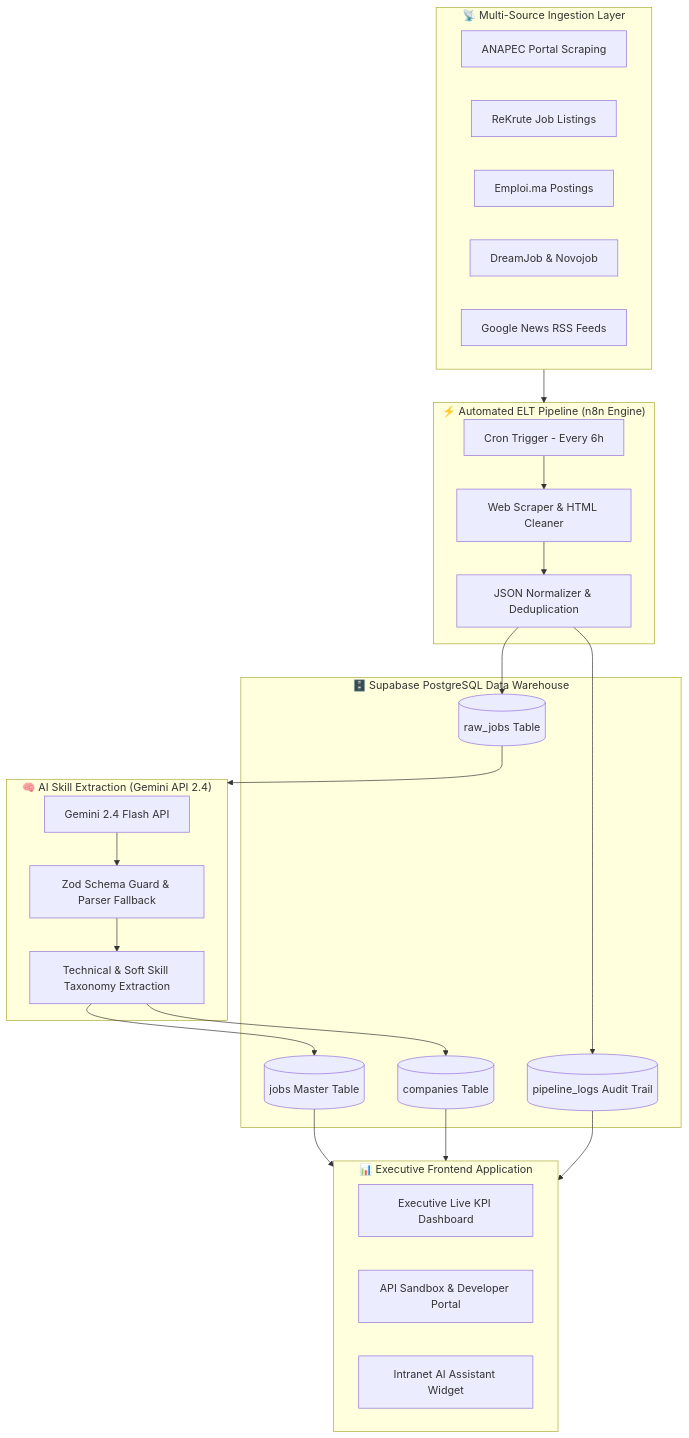
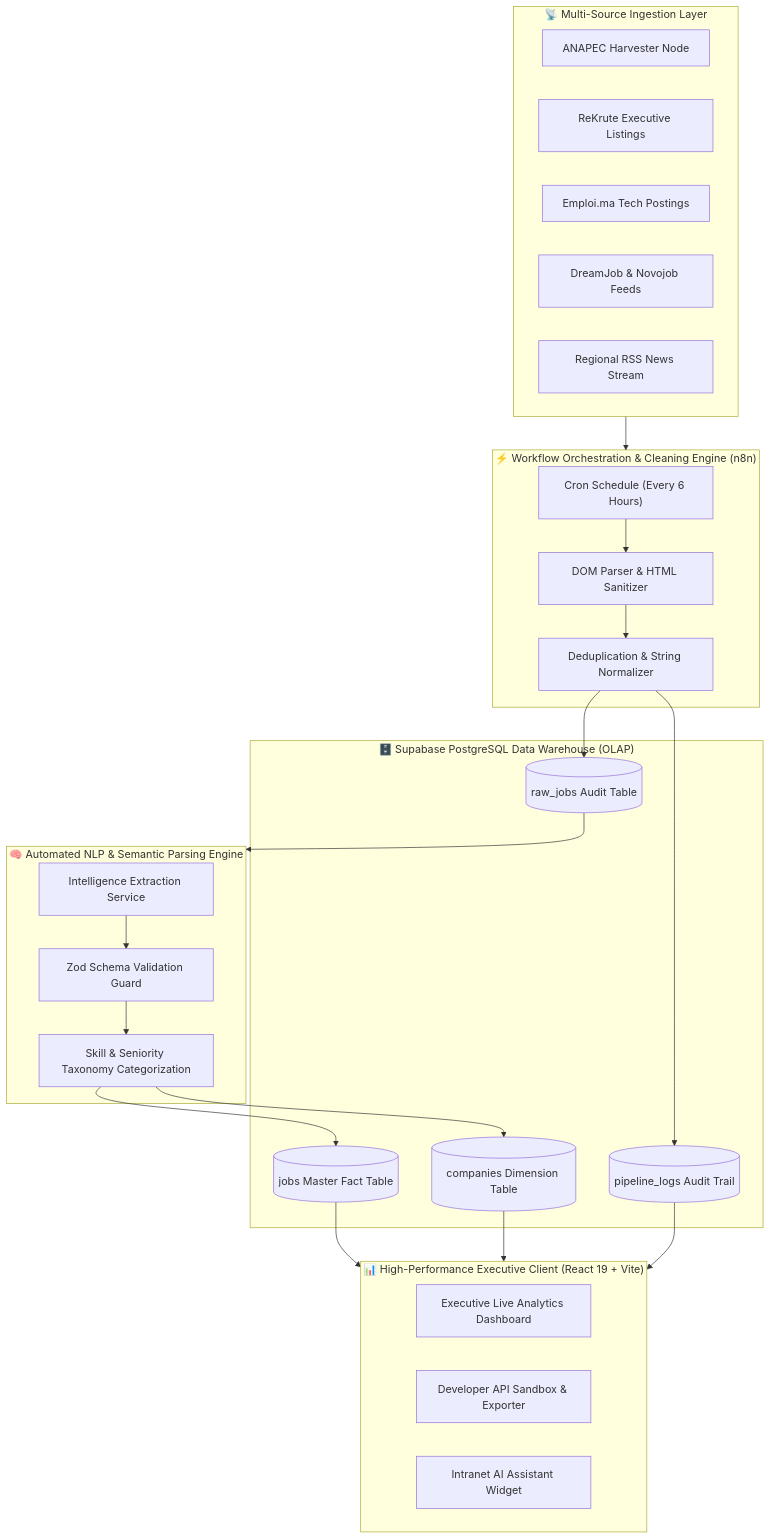
The first of 3 diagrams in README.md (zakariabahtani35-prog/morocco-employment-intelligence-platform), drawn with Mermaid before and after one commit. The commit also changed other lines of this file and 8 other files, not shown here.

````diff
--- a/README.md
+++ b/README.md
@@ -42,43 +43,43 @@
 ```mermaid
 flowchart TD
     subgraph Sourcing["📡 Multi-Source Ingestion Layer"]
-        A1[ANAPEC Portal Scraping]
-        A2[ReKrute Job Listings]
-        A3[Emploi.ma Postings]
-        A4[DreamJob & Novojob]
-        A5[Google News RSS Feeds]
+        A1["ANAPEC Harvester Node"]
+        A2["ReKrute Executive Listings"]
+        A3["Emploi.ma Tech Postings"]
+        A4["DreamJob & Novojob Feeds"]
+        A5["Regional RSS News Stream"]
     end
 
-    subgraph Orchestration["⚡ Automated ELT Pipeline (n8n Engine)"]
-        B1[Cron Trigger - Every 6h] --> B2[Web Scraper & HTML Cleaner]
-        B2 --> B3[JSON Normalizer & Deduplication]
+    subgraph Orchestration["⚡ Workflow Orchestration & Cleaning Engine (n8n)"]
+        B1["Cron Schedule (Every 6 Hours)"] --> B2["DOM Parser & HTML Sanitizer"]
+        B2 --> B3["Deduplication & String Normalizer"]
     end
 
-    subgraph Intelligence["🧠 AI Skill Extraction (Gemini API 2.4)"]
-        C1[Gemini 2.4 Flash API]
-        C2[Zod Schema Guard & Parser Fallback]
-        C3[Technical & Soft Skill Taxonomy Extraction]
+    subgraph Intelligence["🧠 Automated NLP & Semantic Parsing Engine"]
+        C1["Intelligence Extraction Service"]
+        C2["Zod Schema Validation Guard"]
+        C3["Skill & Seniority Taxonomy Categorization"]
     end
 
-    subgraph Storage["🗄️ Supabase PostgreSQL Data Warehouse"]
-        D1[(raw_jobs Table)]
-        D2[(jobs Master Table)]
-        D3[(companies Table)]
-        D4[(pipeline_logs Audit Trail)]
+    subgraph Warehouse["🗄️ Supabase PostgreSQL Data Warehouse (OLAP)"]
+        D1[("raw_jobs Audit Table")]
+        D2[("jobs Master Fact Table")]
+        D3[("companies Dimension Table")]
+        D4[("pipeline_logs Audit Trail")]
     end
 
-    subgraph Presentation["📊 Executive Frontend Application"]
-        E1[Executive Live KPI Dashboard]
-        E2[API Sandbox & Developer Portal]
-        E3[Intranet AI Assistant Widget]
+    subgraph Presentation["📊 High-Performance Executive Client (React 19 + Vite)"]
+        E1["Executive Live Analytics Dashboard"]
+        E2["Developer API Sandbox & Exporter"]
+        E3["Intranet AI Assistant Widget"]
     end
 
     Sourcing --> Orchestration
     B3 --> D1
     D1 --> Intelligence
     C1 --> C2 --> C3
     C3 --> D2
     C3 --> D3
     B3 --> D4
     D2 & D3 & D4 --> Presentation
 ```
````
